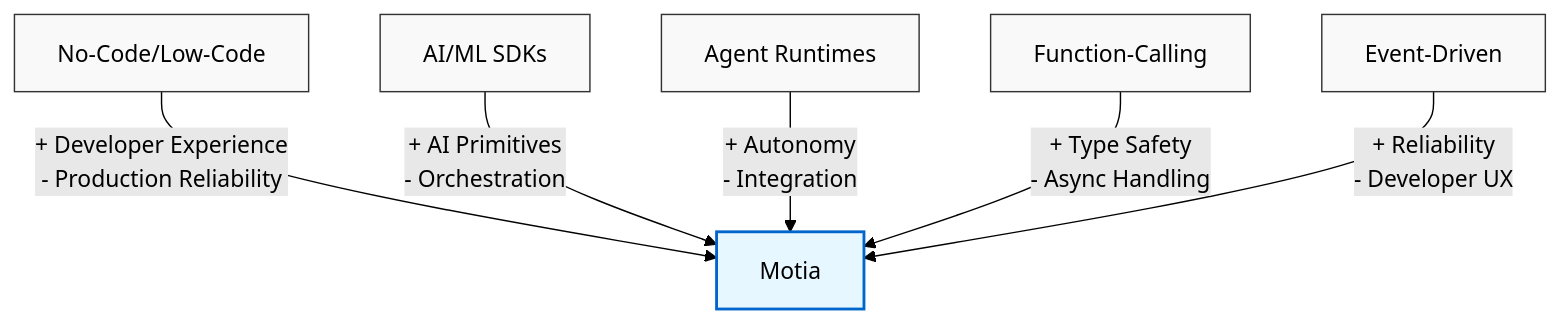
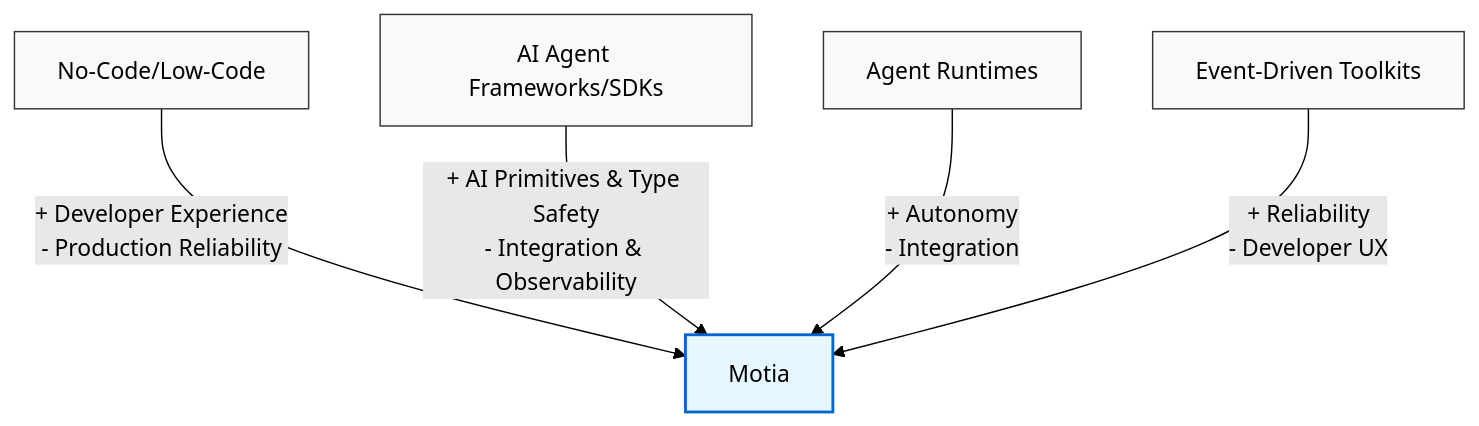
Before and after one commit to patchy631/motia: the third of 3 diagrams in packages/docs/content/docs/motia-manifesto.mdx, drawn with Mermaid (forest theme). The commit also changed other lines of this file, not shown here.

````diff
--- a/packages/docs/content/docs/motia-manifesto.mdx
+++ b/packages/docs/content/docs/motia-manifesto.mdx
@@ -231,15 +228,13 @@
 ```mermaid
 graph TD
     A[No-Code/Low-Code] -->|"+ Developer Experience<br/>- Production Reliability"| F[Motia]
-    B[AI/ML SDKs] -->|"+ AI Primitives<br/>- Orchestration"| F
+    B[AI Agent Frameworks/SDKs] -->|"+ AI Primitives & Type Safety<br/>- Integration & Observability"| F
     C[Agent Runtimes] -->|"+ Autonomy<br/>- Integration"| F
-    D[Function-Calling] -->|"+ Type Safety<br/>- Async Handling"| F
-    E[Event-Driven] -->|"+ Reliability<br/>- Developer UX"| F
+    D[Event-Driven Toolkits] -->|"+ Reliability<br/>- Developer UX"| F
     
     style A fill:#f9f9f9,stroke:#333
     style B fill:#f9f9f9,stroke:#333
     style C fill:#f9f9f9,stroke:#333
     style D fill:#f9f9f9,stroke:#333
-    style E fill:#f9f9f9,stroke:#333
     style F fill:#e6f7ff,stroke:#0066cc,stroke-width:2px
 ```
````
